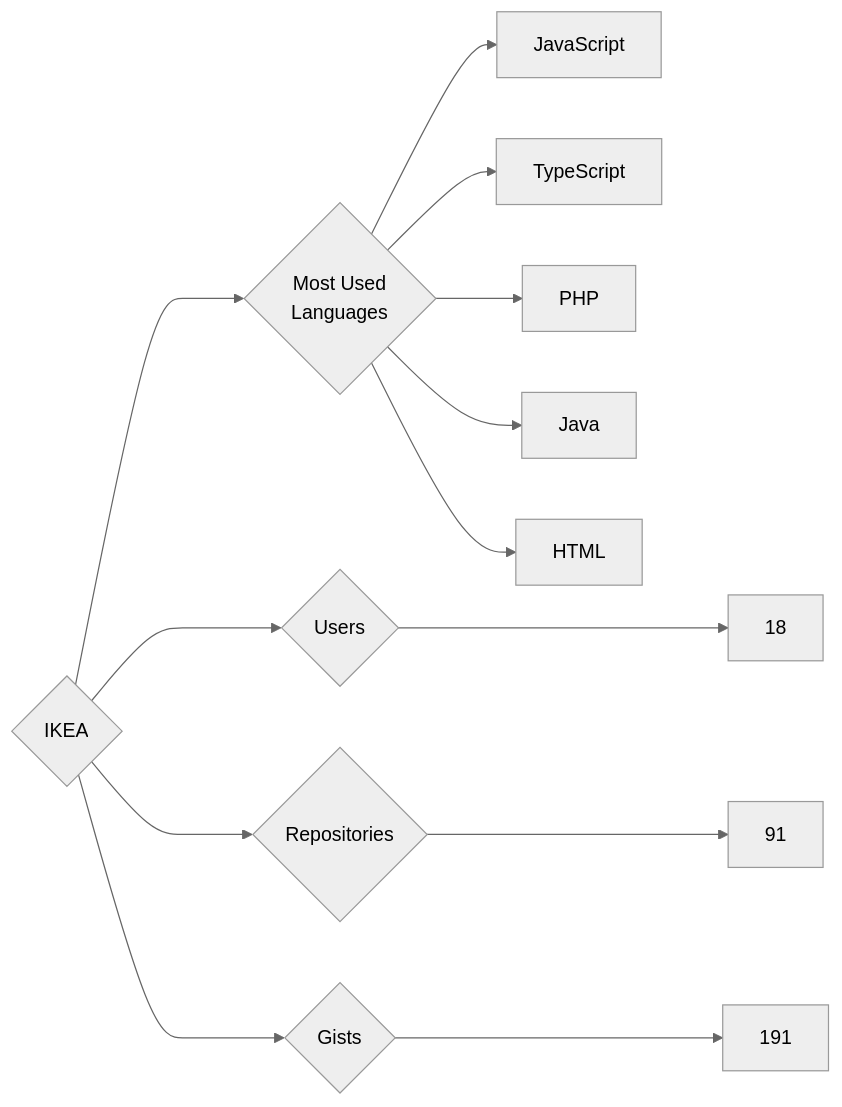
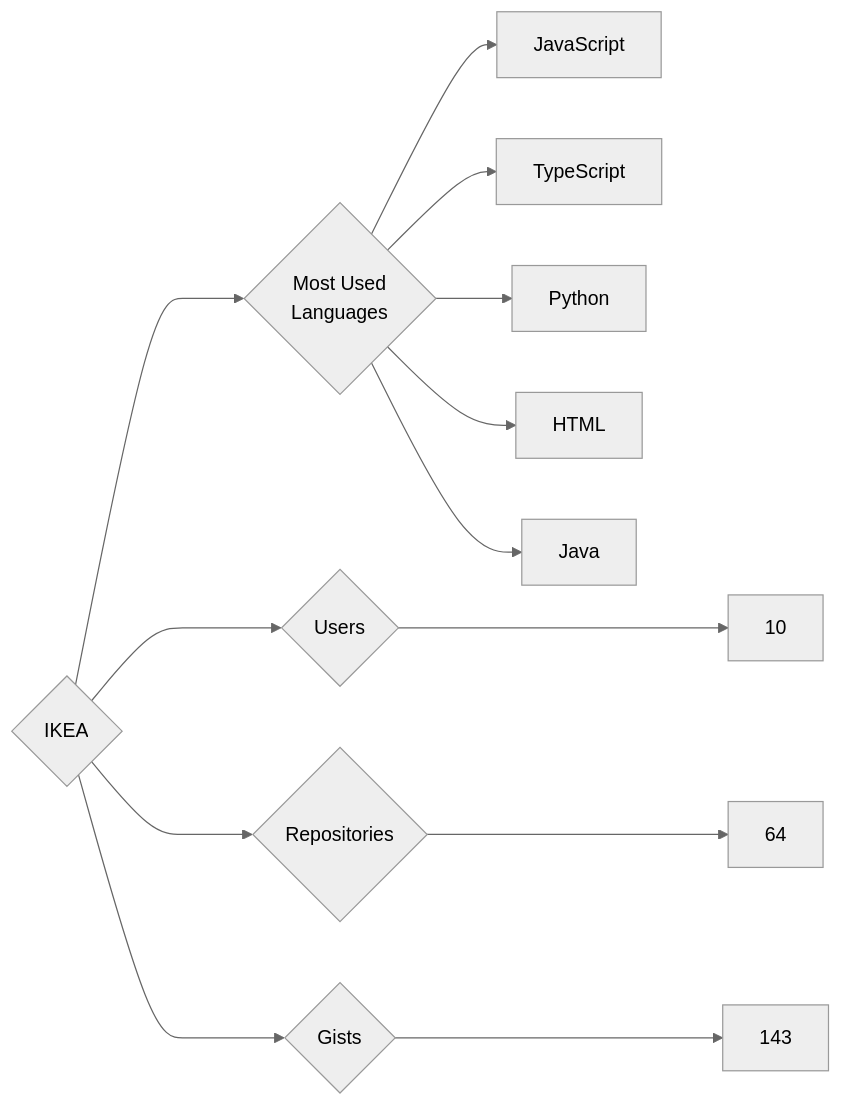
Before and after one commit to trickest/insiders: the diagram in targets/IKEA/README.md, drawn with Mermaid (neutral theme). The commit also changed 870 other files, not shown here.

````diff
--- a/targets/IKEA/README.md
+++ b/targets/IKEA/README.md
@@ -3,13 +3,13 @@
 ```mermaid
 graph LR
 COMPANY_NAME{IKEA}
-COMPANY_NAME ---> U{Users} ---> UN[18]
-COMPANY_NAME ---> R{Repositories} ---> RN[91]
-COMPANY_NAME ---> G{Gists} ---> GN[191]
+COMPANY_NAME ---> U{Users} ---> UN[10]
+COMPANY_NAME ---> R{Repositories} ---> RN[64]
+COMPANY_NAME ---> G{Gists} ---> GN[143]
 COMPANY_NAME ---> ML{Most Used<br>Languages}
 ML --> JavaScript[JavaScript]
 ML --> TypeScript[TypeScript]
-ML --> PHP[PHP]
+ML --> Python[Python]
+ML --> HTML[HTML]
 ML --> Java[Java]
-ML --> HTML[HTML]
 ```
````
